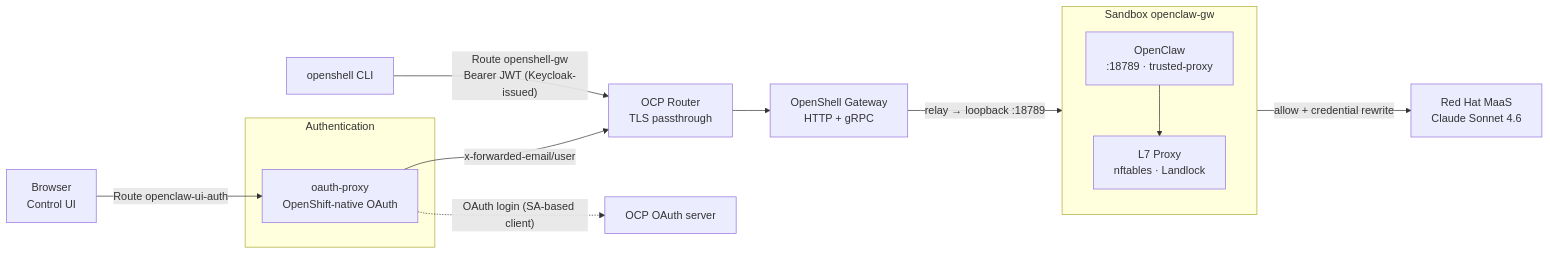
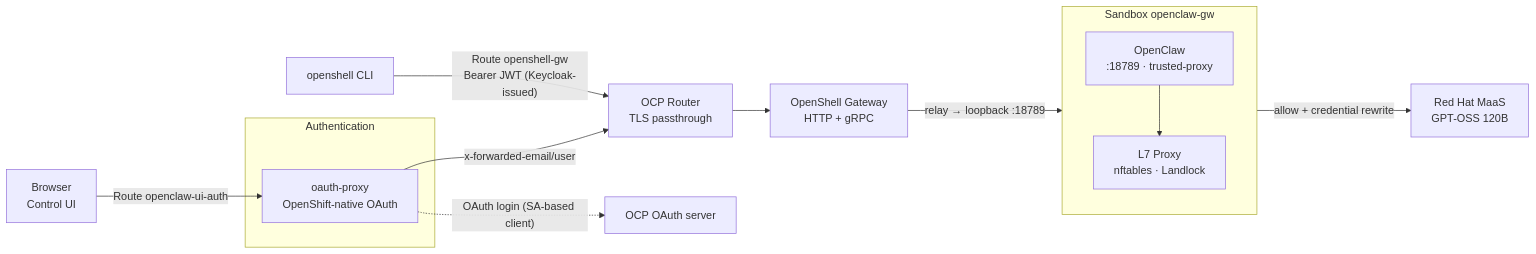
The first of 4 diagrams in README.md (davidseve/open-claw-in-openshell), drawn with Mermaid before and after one commit. The commit also changed other lines of this file and 6 other files, not shown here.

````diff
--- a/README.md
+++ b/README.md
@@ -13,30 +13,30 @@
 ```mermaid
 flowchart LR
   Browser["Browser<br/>Control UI"]
   CLI["openshell CLI"]
 
   Router["OCP Router<br/>TLS passthrough"]
 
   subgraph auth["Authentication"]
     OAuthProxy["oauth-proxy<br/>OpenShift-native OAuth"]
   end
 
   GW["OpenShell Gateway<br/>HTTP + gRPC"]
 
   subgraph sandbox["Sandbox openclaw-gw"]
     direction TB
     OC["OpenClaw<br/>:18789 · trusted-proxy"]
     Proxy["L7 Proxy<br/>nftables · Landlock"]
     OC --> Proxy
   end
 
-  MaaS["Red Hat MaaS<br/>Claude Sonnet 4.6"]
+  MaaS["Red Hat MaaS<br/>GPT-OSS 120B"]
 
   Browser -->|"Route openclaw-ui-auth"| OAuthProxy
   OAuthProxy -->|"x-forwarded-email/user"| Router
   CLI -->|"Route openshell-gw<br/>Bearer JWT (Keycloak-issued)"| Router
   Router --> GW
   GW -->|"relay → loopback :18789"| OC
   OAuthProxy -.->|"OAuth login (SA-based client)"| OCPOAuth["OCP OAuth server"]
   Proxy -->|"allow + credential rewrite"| MaaS
 ```
````
